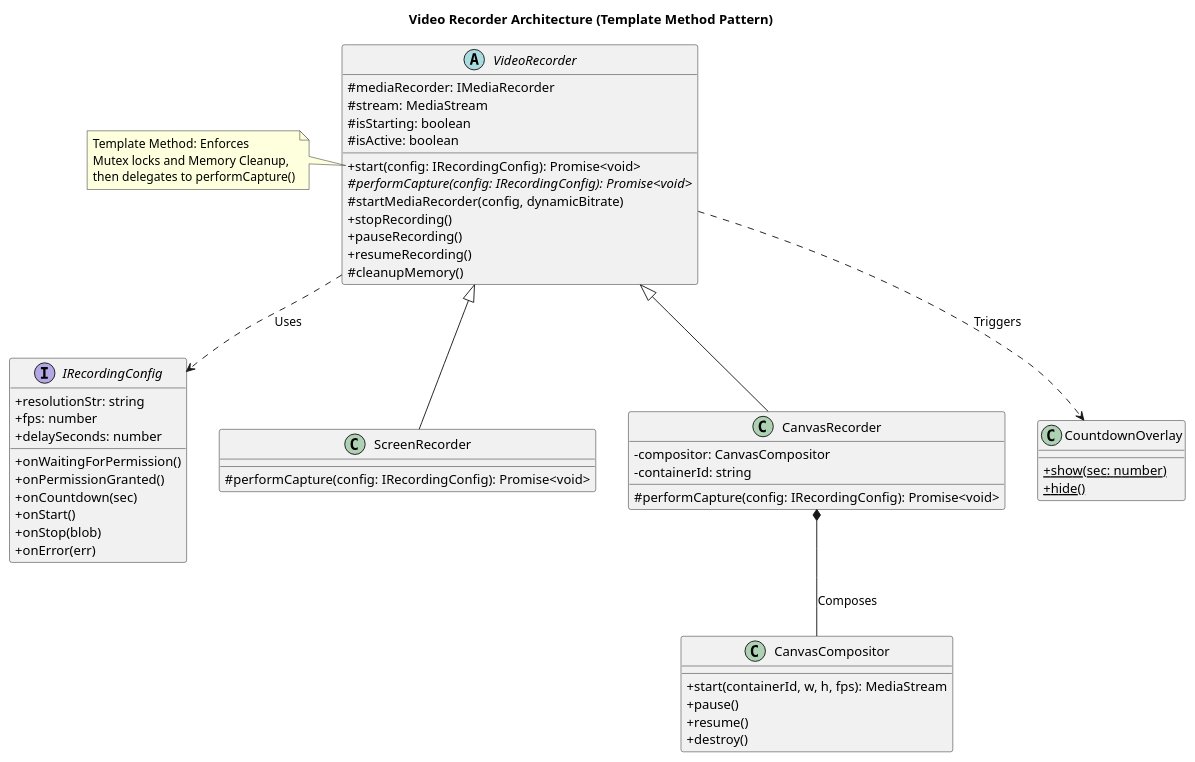
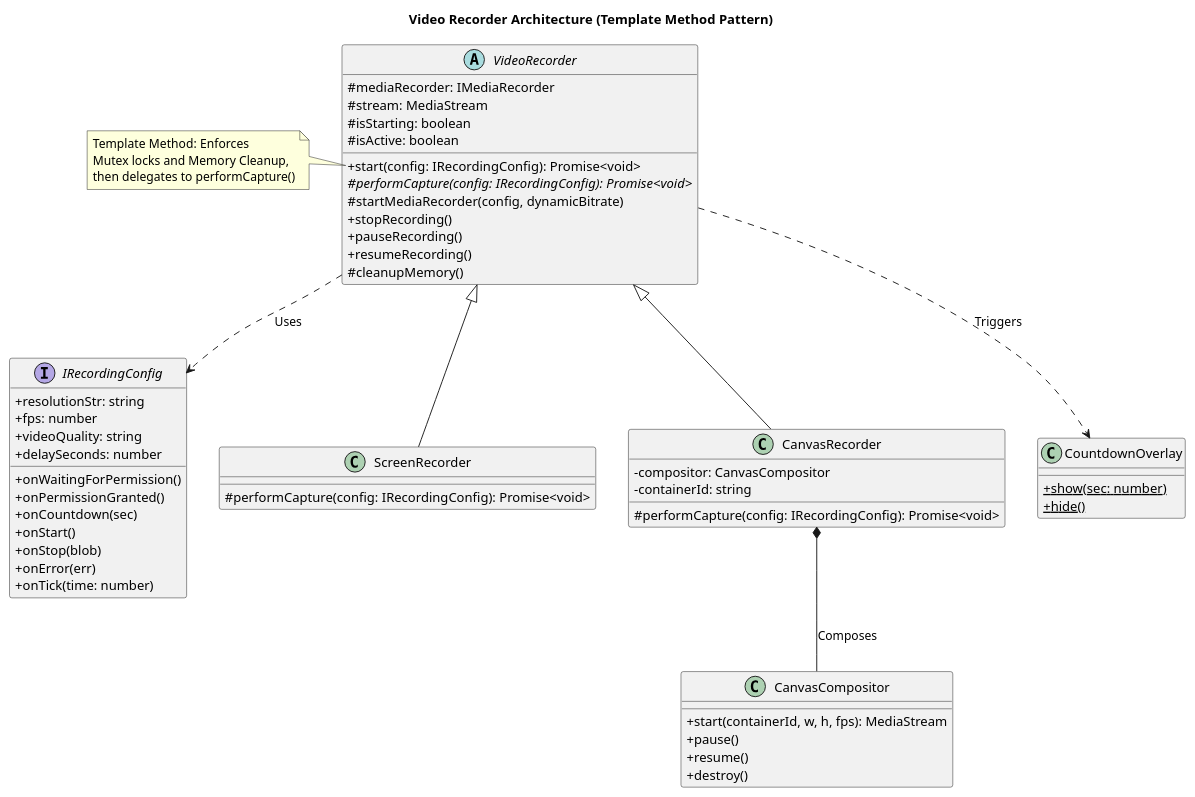
The diagram in design/video_recorder_classes.puml (SiliconStreetDev1/abap-vdm-cds-diagram-ui), drawn with PlantUML before and after one commit. The commit also changed 25 other files, not shown here.

```diff
--- a/design/video_recorder_classes.puml
+++ b/design/video_recorder_classes.puml
@@ -1,65 +1,67 @@
 @startuml
 title Video Recorder Architecture (Template Method Pattern)
 
 skinparam handwritten false
 skinparam classAttributeIconSize 0
 
 interface IRecordingConfig {
   + resolutionStr: string
   + fps: number
+  + videoQuality: string
   + delaySeconds: number
   + onWaitingForPermission()
   + onPermissionGranted()
   + onCountdown(sec)
   + onStart()
   + onStop(blob)
   + onError(err)
+  + onTick(time: number)
 }
 
 abstract class VideoRecorder {
   # mediaRecorder: IMediaRecorder
   # stream: MediaStream
   # isStarting: boolean
   # isActive: boolean
   + start(config: IRecordingConfig): Promise<void>
   {abstract} # performCapture(config: IRecordingConfig): Promise<void>
   # startMediaRecorder(config, dynamicBitrate)
   + stopRecording()
   + pauseRecording()
   + resumeRecording()
   # cleanupMemory()
 }
 
 class ScreenRecorder extends VideoRecorder {
   # performCapture(config: IRecordingConfig): Promise<void>
 }
 
 class CanvasRecorder extends VideoRecorder {
   - compositor: CanvasCompositor
   - containerId: string
   # performCapture(config: IRecordingConfig): Promise<void>
 }
 
 class CanvasCompositor {
   + start(containerId, w, h, fps): MediaStream
   + pause()
   + resume()
   + destroy()
 }
 
 class CountdownOverlay {
   {static} + show(sec: number)
   {static} + hide()
 }
 
 VideoRecorder ..> IRecordingConfig : Uses
 VideoRecorder ..> CountdownOverlay : Triggers
 CanvasRecorder *-- CanvasCompositor : Composes
 
 note left of VideoRecorder::start
   Template Method: Enforces
   Mutex locks and Memory Cleanup,
   then delegates to performCapture()
 end note
 
 @enduml
```
